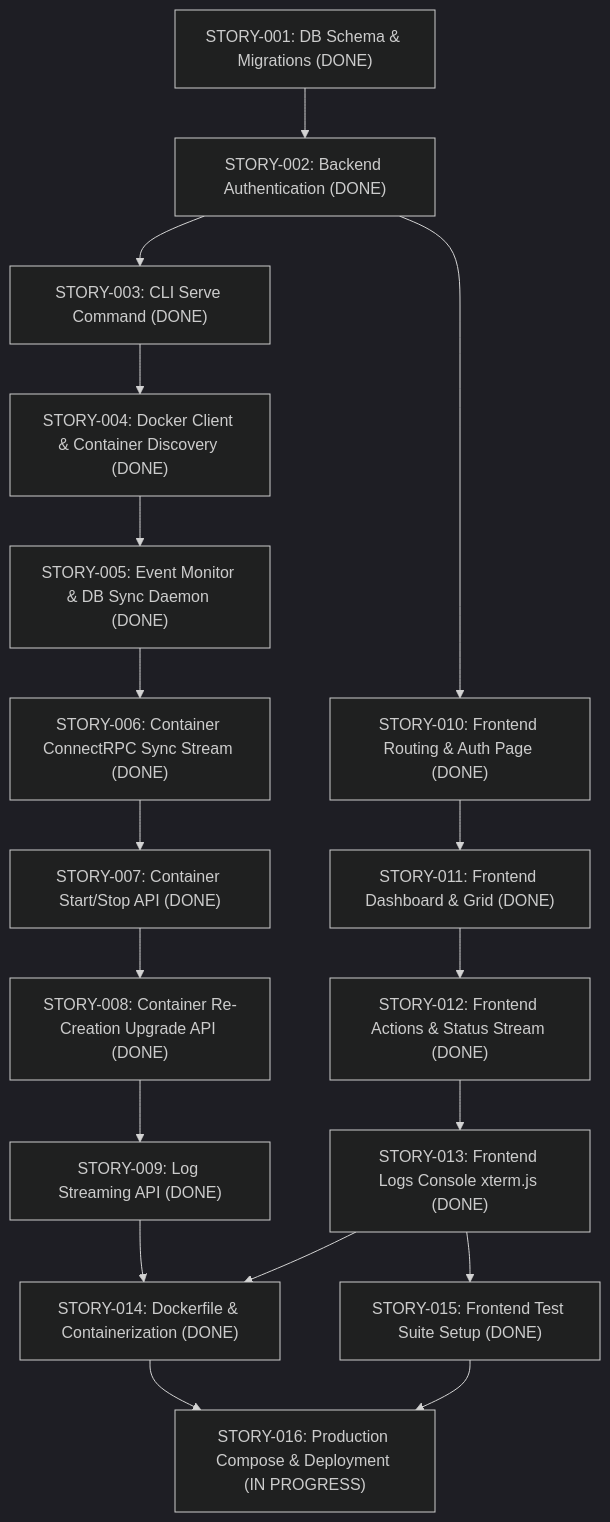
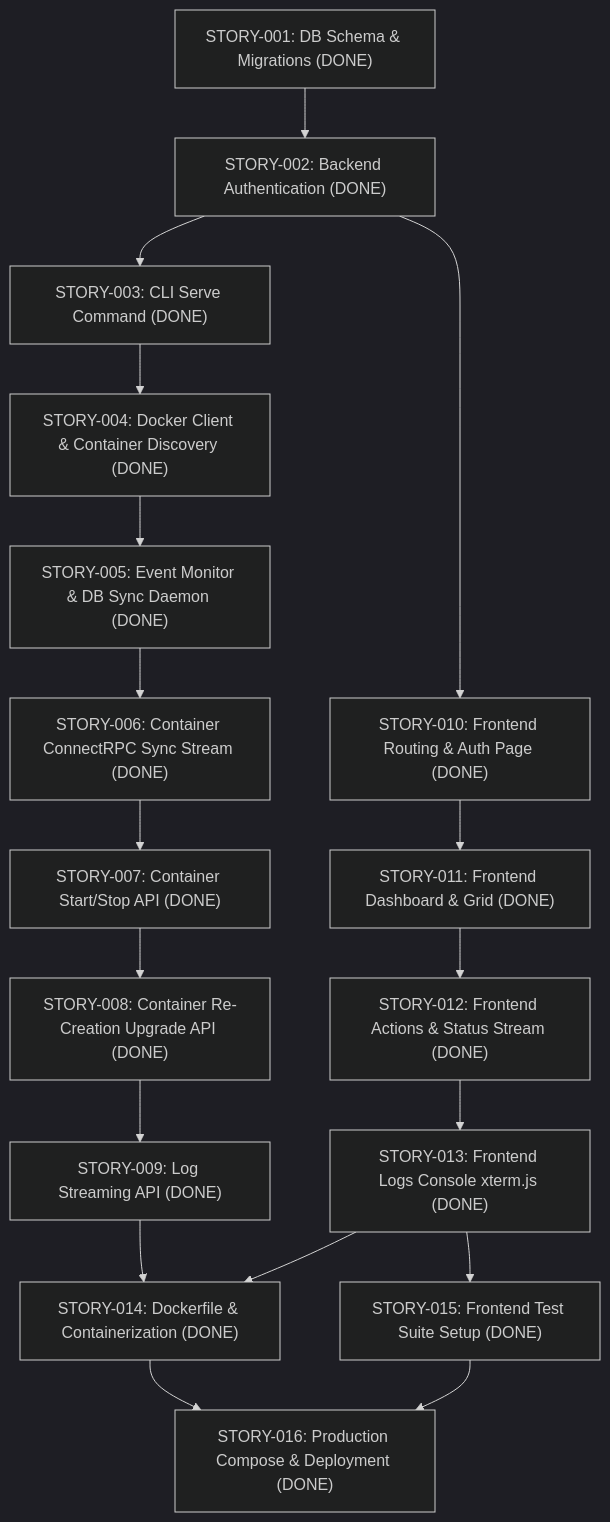
The diagram in docs/stories.md (noosxe/dmanager), drawn with Mermaid (dark theme) before and after one commit. The commit also changed other lines of this file and 10 other files, not shown here.

````diff
--- a/docs/stories.md
+++ b/docs/stories.md
@@ -5,20 +5,20 @@
 ```mermaid
 graph TD
     S1["STORY-001: DB Schema & Migrations (DONE)"] --> S2["STORY-002: Backend Authentication (DONE)"]
     S2 --> S3["STORY-003: CLI Serve Command (DONE)"]
     S3 --> S4["STORY-004: Docker Client & Container Discovery (DONE)"]
     S4 --> S5["STORY-005: Event Monitor & DB Sync Daemon (DONE)"]
     S5 --> S6["STORY-006: Container ConnectRPC Sync Stream (DONE)"]
     S6 --> S7["STORY-007: Container Start/Stop API (DONE)"]
     S7 --> S8["STORY-008: Container Re-Creation Upgrade API (DONE)"]
     S8 --> S9["STORY-009: Log Streaming API (DONE)"]
     S2 --> F1["STORY-010: Frontend Routing & Auth Page (DONE)"]
     F1 --> F2["STORY-011: Frontend Dashboard & Grid (DONE)"]
     F2 --> F3["STORY-012: Frontend Actions & Status Stream (DONE)"]
     F3 --> F4["STORY-013: Frontend Logs Console xterm.js (DONE)"]
     S9 --> S14["STORY-014: Dockerfile & Containerization (DONE)"]
     F4 --> S14
     F4 --> F5["STORY-015: Frontend Test Suite Setup (DONE)"]
-    S14 --> S16["STORY-016: Production Compose & Deployment (IN PROGRESS)"]
+    S14 --> S16["STORY-016: Production Compose & Deployment (DONE)"]
     F5 --> S16
 ```
````
